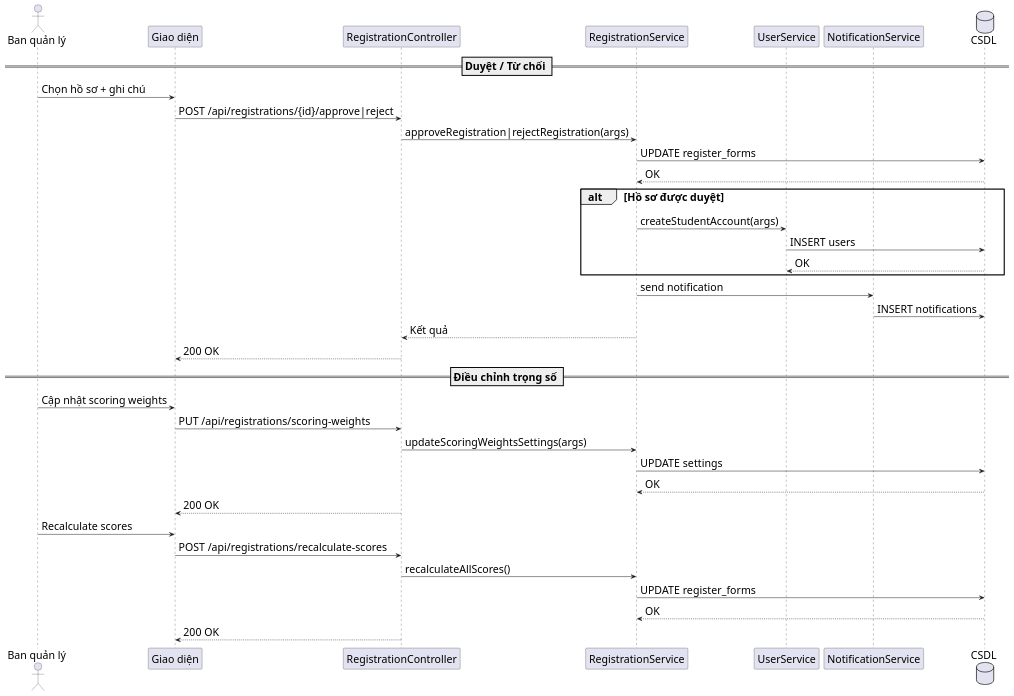
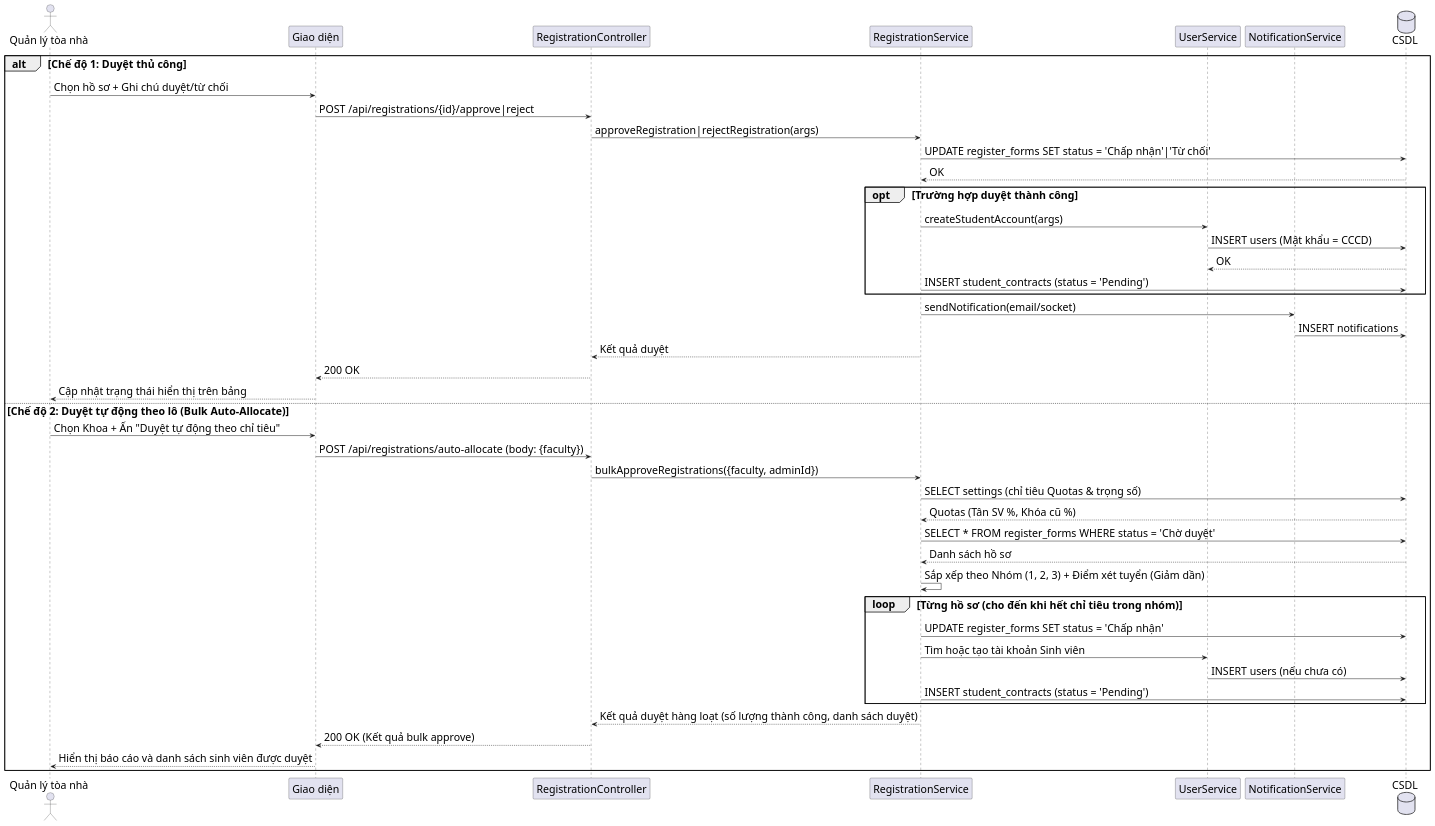
The diagram in diagrams/nhomhosodangky/registration_review_sequence.puml (s0nbuildtech287/dormitory-frontend), drawn with PlantUML before and after one commit. The commit also changed 4 other files, not shown here.

```diff
--- a/diagrams/nhomhosodangky/registration_review_sequence.puml
+++ b/diagrams/nhomhosodangky/registration_review_sequence.puml
@@ -1,43 +1,55 @@
 @startuml "Registration Review Sequence"
 skinparam defaultFontSize 22
 skinparam defaultFontName "Times New Roman"
 skinparam sequenceMessageSize 22
-actor "Ban quản lý" as Admin
+
+actor "Quản lý tòa nhà" as Admin
 participant "Giao diện" as FE
 participant "RegistrationController" as RegC
 participant "RegistrationService" as RegS
 participant "UserService" as UserS
 participant "NotificationService" as NotiS
 database "CSDL" as DB
 
-== Duyệt / Từ chối ==
-Admin -> FE: Chọn hồ sơ + ghi chú
-FE -> RegC: POST /api/registrations/{id}/approve|reject
-RegC -> RegS: approveRegistration|rejectRegistration(args)
-RegS -> DB: UPDATE register_forms
-DB --> RegS: OK
-alt Hồ sơ được duyệt
-	RegS -> UserS: createStudentAccount(args)
-	UserS -> DB: INSERT users
-	DB --> UserS: OK
+alt Chế độ 1: Duyệt thủ công
+  Admin -> FE: Chọn hồ sơ + Ghi chú duyệt/từ chối
+  FE -> RegC: POST /api/registrations/{id}/approve|reject
+  RegC -> RegS: approveRegistration|rejectRegistration(args)
+  RegS -> DB: UPDATE register_forms SET status = 'Chấp nhận'|'Từ chối'
+  DB --> RegS: OK
+  
+  opt Trường hợp duyệt thành công
+    RegS -> UserS: createStudentAccount(args)
+    UserS -> DB: INSERT users (Mật khẩu = CCCD)
+    DB --> UserS: OK
+    RegS -> DB: INSERT student_contracts (status = 'Pending')
+  end
+  
+  RegS -> NotiS: sendNotification(email/socket)
+  NotiS -> DB: INSERT notifications
+  RegS --> RegC: Kết quả duyệt
+  RegC --> FE: 200 OK
+  FE --> Admin: Cập nhật trạng thái hiển thị trên bảng
+
+else Chế độ 2: Duyệt tự động theo lô (Bulk Auto-Allocate)
+  Admin -> FE: Chọn Khoa + Ấn "Duyệt tự động theo chỉ tiêu"
+  FE -> RegC: POST /api/registrations/auto-allocate (body: {faculty})
+  RegC -> RegS: bulkApproveRegistrations({faculty, adminId})
+  RegS -> DB: SELECT settings (chỉ tiêu Quotas & trọng số)
+  DB --> RegS: Quotas (Tân SV %, Khóa cũ %)
+  RegS -> DB: SELECT * FROM register_forms WHERE status = 'Chờ duyệt'
+  DB --> RegS: Danh sách hồ sơ
+  RegS -> RegS: Sắp xếp theo Nhóm (1, 2, 3) + Điểm xét tuyển (Giảm dần)
+  
+  loop Từng hồ sơ (cho đến khi hết chỉ tiêu trong nhóm)
+    RegS -> DB: UPDATE register_forms SET status = 'Chấp nhận'
+    RegS -> UserS: Tìm hoặc tạo tài khoản Sinh viên
+    UserS -> DB: INSERT users (nếu chưa có)
+    RegS -> DB: INSERT student_contracts (status = 'Pending')
+  end
+  
+  RegS --> RegC: Kết quả duyệt hàng loạt (số lượng thành công, danh sách duyệt)
+  RegC --> FE: 200 OK (Kết quả bulk approve)
+  FE --> Admin: Hiển thị báo cáo và danh sách sinh viên được duyệt
 end
-RegS -> NotiS: send notification
-NotiS -> DB: INSERT notifications
-RegS --> RegC: Kết quả
-RegC --> FE: 200 OK
-
-== Điều chỉnh trọng số ==
-Admin -> FE: Cập nhật scoring weights
-FE -> RegC: PUT /api/registrations/scoring-weights
-RegC -> RegS: updateScoringWeightsSettings(args)
-RegS -> DB: UPDATE settings
-DB --> RegS: OK
-RegC --> FE: 200 OK
-
-Admin -> FE: Recalculate scores
-FE -> RegC: POST /api/registrations/recalculate-scores
-RegC -> RegS: recalculateAllScores()
-RegS -> DB: UPDATE register_forms
-DB --> RegS: OK
-RegC --> FE: 200 OK
 @enduml
```
